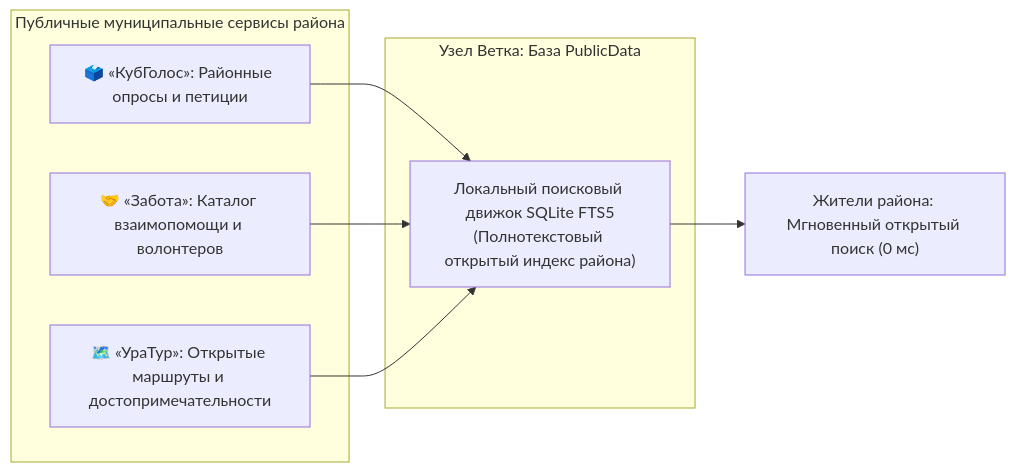
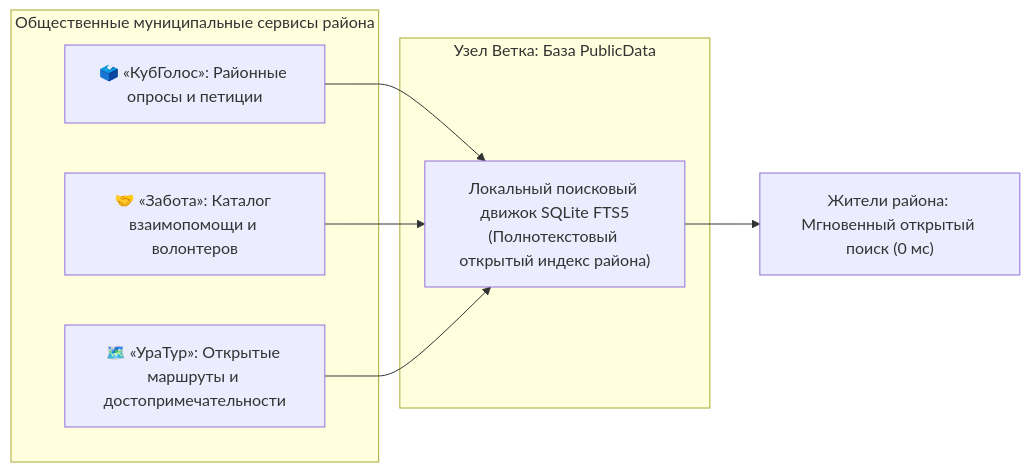
One commit to Data-Independence-Network/presentations changed diagram 12 of 13 in architecture_presentations/04_branch_pipeline_and_storage/docs/presentation_deck.md. Above: the diagram before and after it, drawn with Mermaid. The commit also changed other lines of this file and 81 other files, not shown here.

```diff
--- a/architecture_presentations/04_branch_pipeline_and_storage/docs/presentation_deck.md
+++ b/architecture_presentations/04_branch_pipeline_and_storage/docs/presentation_deck.md
@@ -634,17 +634,17 @@
         <div class="mermaid">
 graph LR
-    subgraph PublicServices["Публичные муниципальные сервисы района"]
+    subgraph PublicServices["Общественные муниципальные сервисы района"]
         Vote["🗳️ «КубГолос»: Районные опросы и петиции"]
         Care["🤝 «Забота»: Каталог взаимопомощи и волонтеров"]
         Tourism["🗺️ «УраТур»: Открытые маршруты и достопримечательности"]
     end
 
     subgraph BranchPublic["Узел Ветка: База PublicData"]
         Engine["Локальный поисковый движок SQLite FTS5<br/>(Полнотекстовый открытый индекс района)"]
     end
 
     Vote --> Engine
     Care --> Engine
     Tourism --> Engine
     Engine --> Residents["Жители района: Мгновенный открытый поиск (0 мс)"]
         </div>
```
